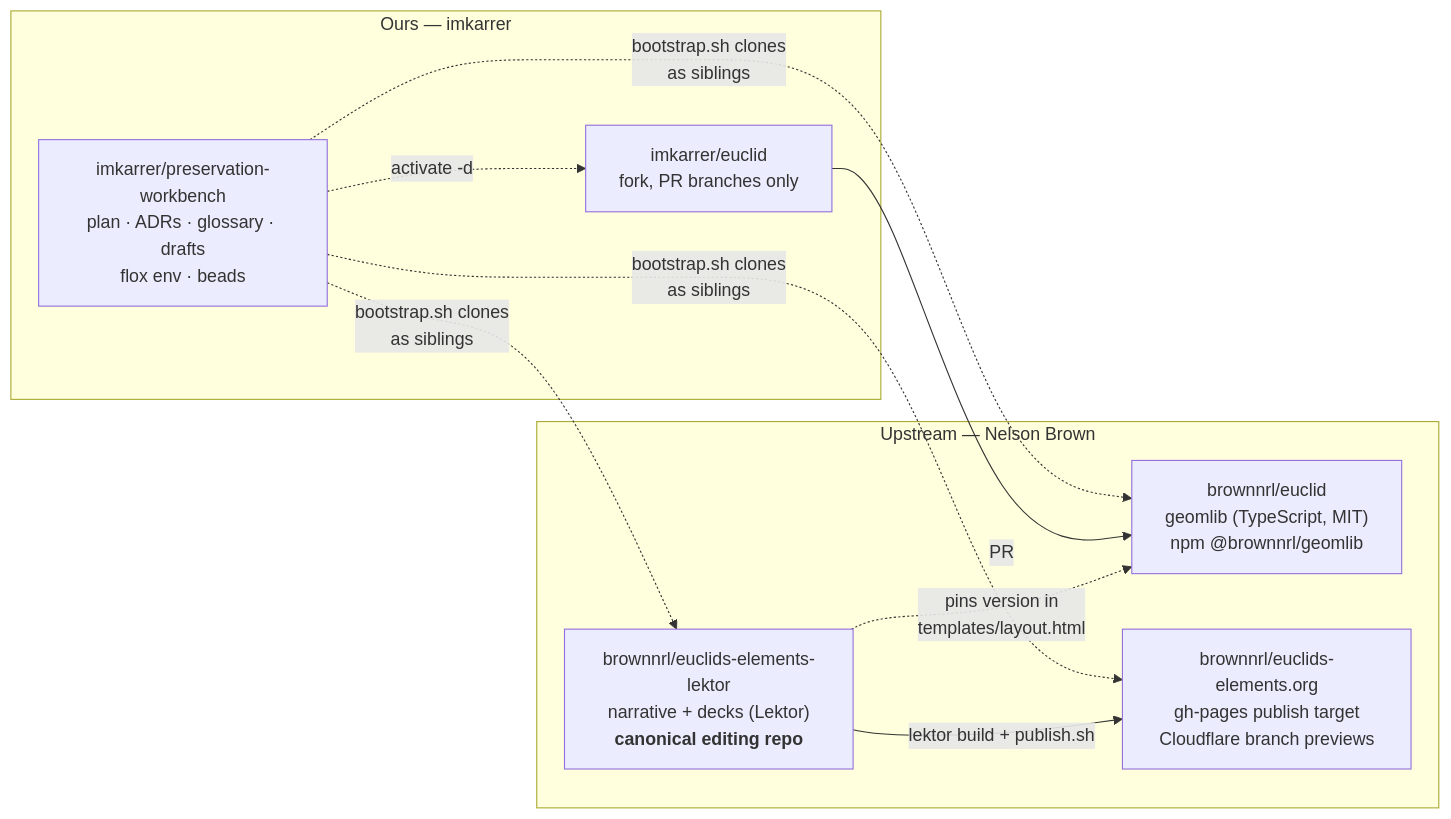
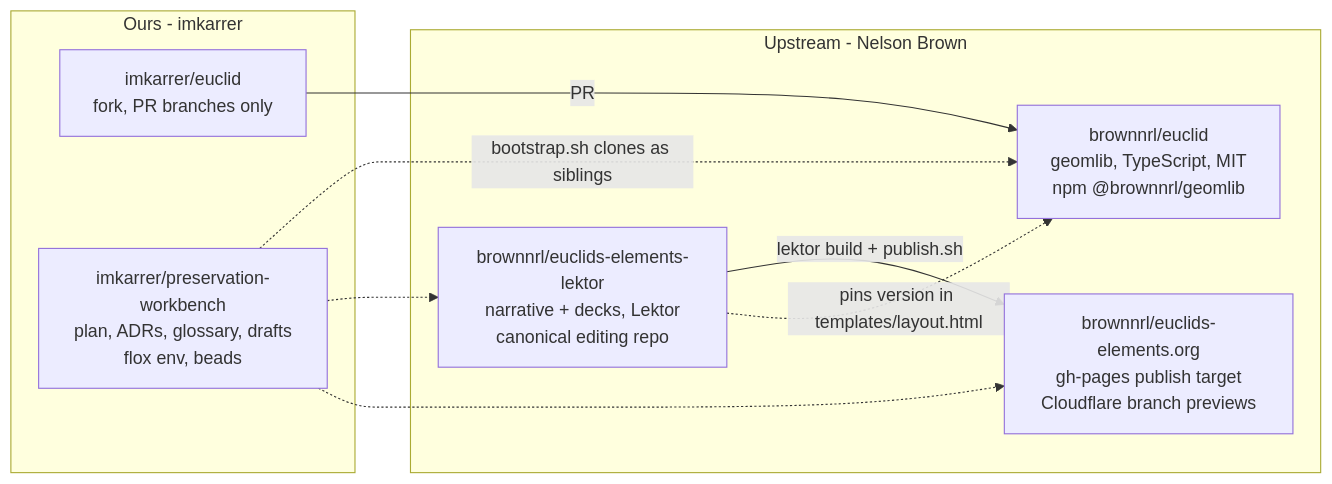
One commit to imkarrer/preservation-workbench changed the first of 5 diagrams in docs/architecture.md. Above: the diagram before and after it, drawn with Mermaid. The commit also changed other lines of this file, not shown here.

Commit message:
architecture.md: strip HTML entities, quoted labels, braces and the LR subgraph id so GitHub Mermaid renders

````diff
--- a/docs/architecture.md
+++ b/docs/architecture.md
@@ -9,17 +9,18 @@
 ```mermaid
 flowchart LR
-    subgraph upstream["Upstream — Nelson Brown"]
-        LIB["brownnrl/euclid<br/>geomlib (TypeScript, MIT)<br/>npm @brownnrl/geomlib"]
-        LEK["brownnrl/euclids-elements-lektor<br/>narrative + decks (Lektor)<br/><b>canonical editing repo</b>"]
-        SITE["brownnrl/euclids-elements.org<br/>gh-pages publish target<br/>Cloudflare branch previews"]
+    subgraph upstream[Upstream - Nelson Brown]
+        LIB[brownnrl/euclid<br/>geomlib, TypeScript, MIT<br/>npm @brownnrl/geomlib]
+        LEK[brownnrl/euclids-elements-lektor<br/>narrative + decks, Lektor<br/>canonical editing repo]
+        SITE[brownnrl/euclids-elements.org<br/>gh-pages publish target<br/>Cloudflare branch previews]
     end
-    subgraph ours["Ours — imkarrer"]
-        FORK["imkarrer/euclid<br/>fork, PR branches only"]
-        WB["imkarrer/preservation-workbench<br/>plan · ADRs · glossary · drafts<br/>flox env · beads"]
+    subgraph ours[Ours - imkarrer]
+        FORK[imkarrer/euclid<br/>fork, PR branches only]
+        WB[imkarrer/preservation-workbench<br/>plan, ADRs, glossary, drafts<br/>flox env, beads]
     end
-    LEK -- "lektor build + publish.sh" --> SITE
-    LEK -. "pins version in<br/>templates/layout.html" .-> LIB
-    FORK -- "PR" --> LIB
-    WB -. "bootstrap.sh clones<br/>as siblings" .-> LIB & LEK & SITE
-    WB -. "activate -d" .-> FORK
+    LEK -->|lektor build + publish.sh| SITE
+    LEK -.->|pins version in templates/layout.html| LIB
+    FORK -->|PR| LIB
+    WB -.->|bootstrap.sh clones as siblings| LIB
+    WB -.-> LEK
+    WB -.-> SITE
 ```
````
